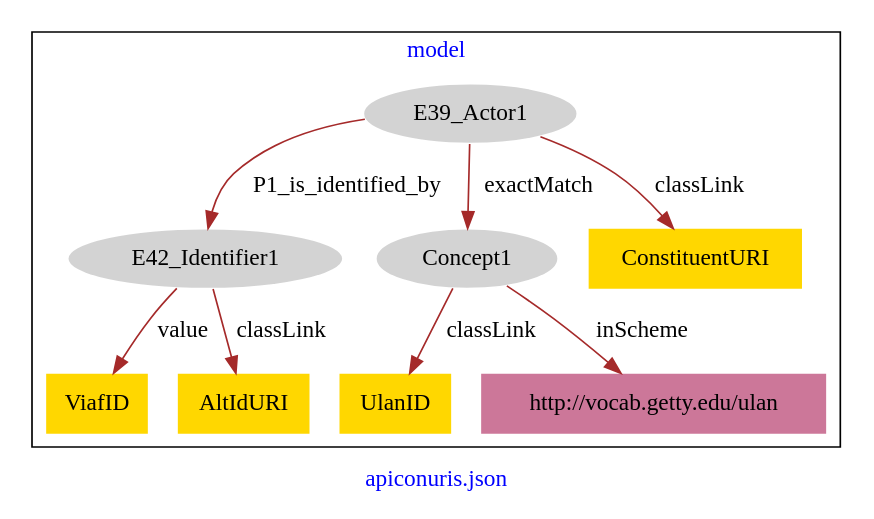
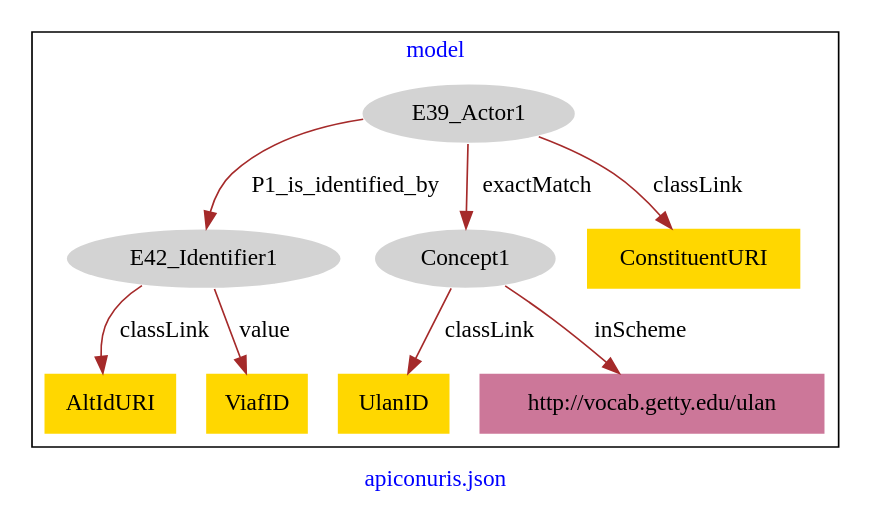
Before and after one commit to american-art/PUAM: the diagram in apiconuris/apiconuris-model.dot, drawn with Graphviz.

Commit message:
Update file apiconuris-model.dot

```diff
--- a/apiconuris/apiconuris-model.dot
+++ b/apiconuris/apiconuris-model.dot
@@ -1,23 +1,23 @@
 digraph n0 {
 fontcolor="blue"
 remincross="true"
 label="apiconuris.json"
 subgraph cluster {
 label="model"
 n2[style="filled",color="white",fillcolor="lightgray",label="E39_Actor1"];
 n3[style="filled",color="white",fillcolor="lightgray",label="E42_Identifier1"];
 n4[style="filled",color="white",fillcolor="lightgray",label="Concept1"];
 n5[shape="plaintext",style="filled",fillcolor="gold",label="ConstituentURI"];
-n6[shape="plaintext",style="filled",fillcolor="gold",label="ViafID"];
+n6[shape="plaintext",style="filled",fillcolor="gold",label="AltIdURI"];
 n7[shape="plaintext",style="filled",fillcolor="gold",label="UlanID"];
-n8[shape="plaintext",style="filled",fillcolor="gold",label="AltIdURI"];
+n8[shape="plaintext",style="filled",fillcolor="gold",label="ViafID"];
 n9[shape="plaintext",style="filled",fillcolor="#CC7799",label="http://vocab.getty.edu/ulan"];
 }
 n2 -> n3[color="brown",fontcolor="black",label="P1_is_identified_by"]
 n2 -> n4[color="brown",fontcolor="black",label="exactMatch"]
 n2 -> n5[color="brown",fontcolor="black",label="classLink"]
-n3 -> n6[color="brown",fontcolor="black",label="value"]
+n3 -> n6[color="brown",fontcolor="black",label="classLink"]
 n4 -> n7[color="brown",fontcolor="black",label="classLink"]
-n3 -> n8[color="brown",fontcolor="black",label="classLink"]
+n3 -> n8[color="brown",fontcolor="black",label="value"]
 n4 -> n9[color="brown",fontcolor="black",label="inScheme"]
 }
```
